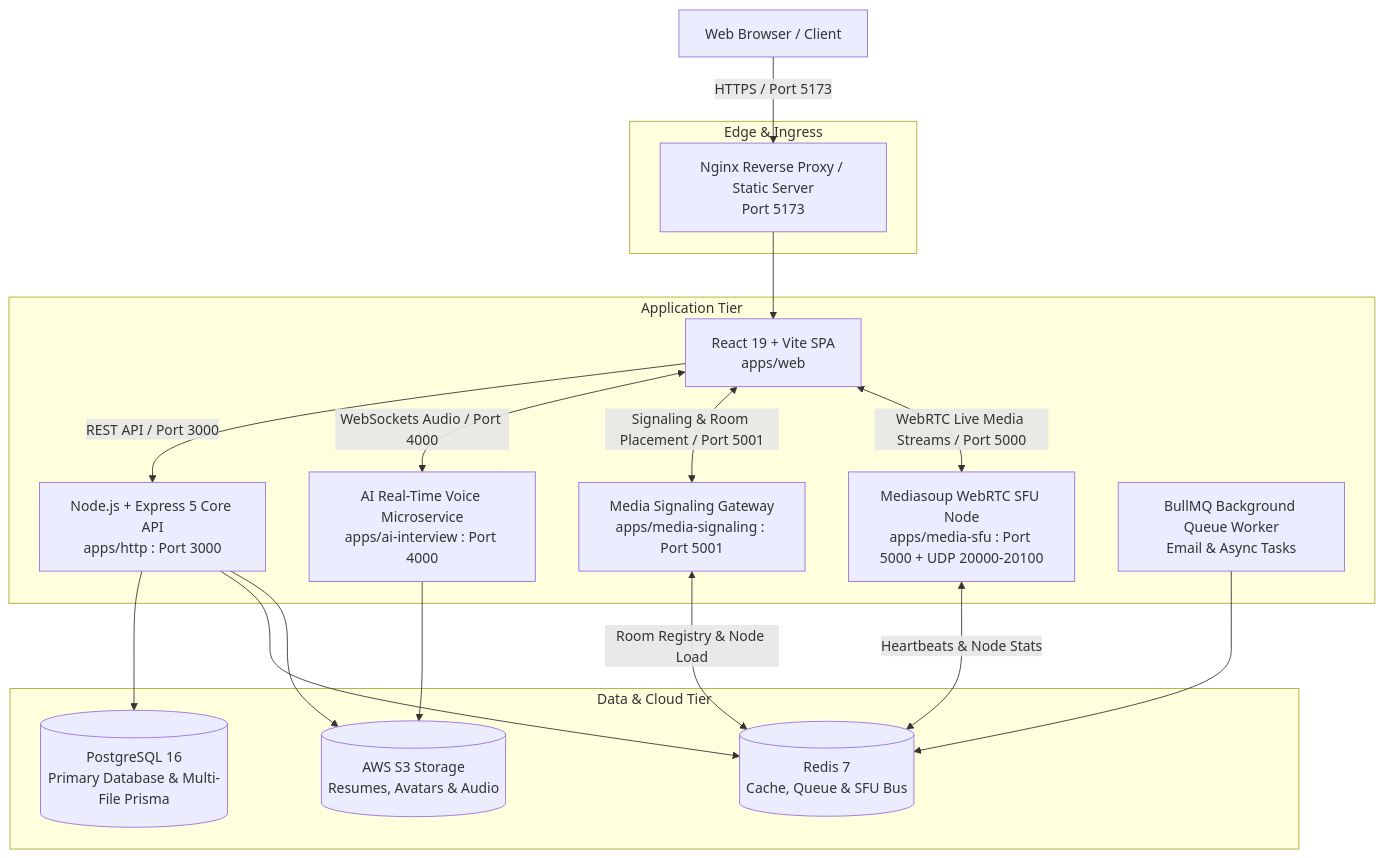
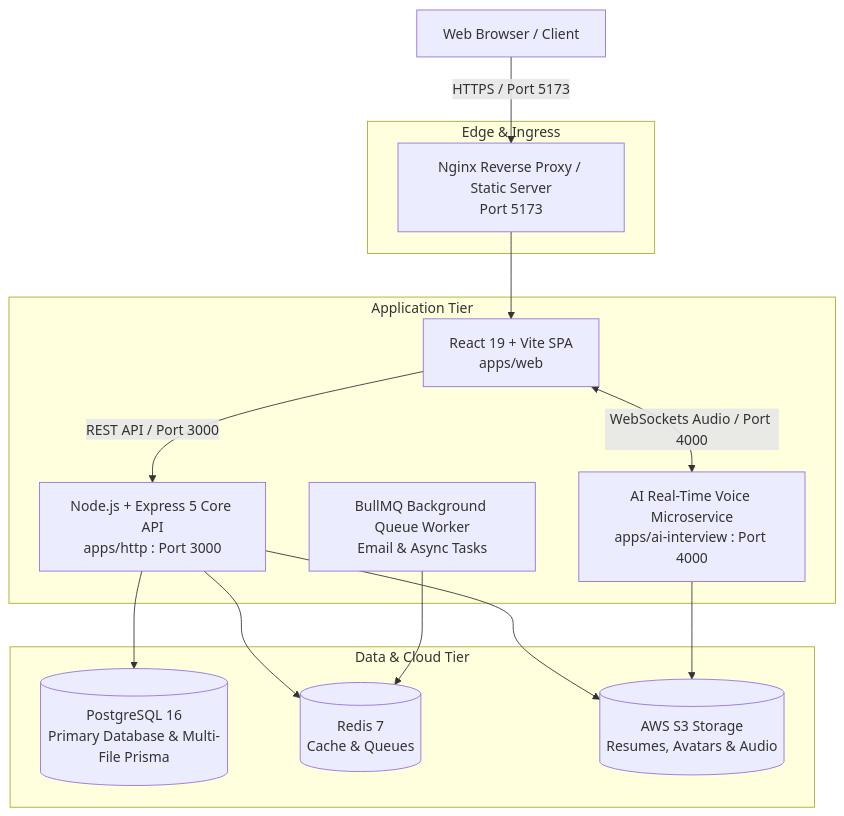
Before and after one commit to athulraj2027/coursity-modular-monolith: the diagram in README.md, drawn with Mermaid. The commit also changed other lines of this file and 9 other files, not shown here.

````diff
--- a/README.md
+++ b/README.md
@@ -11,37 +11,31 @@
 ```mermaid
 graph TD
     Client[Web Browser / Client]
 
     subgraph Edge & Ingress
         Nginx[Nginx Reverse Proxy / Static Server\nPort 5173]
     end
 
     subgraph Application Tier
         Frontend[React 19 + Vite SPA\napps/web]
         Backend[Node.js + Express 5 Core API\napps/http : Port 3000]
         AIInterview[AI Real-Time Voice Microservice\napps/ai-interview : Port 4000]
-        MediaSignaling[Media Signaling Gateway\napps/media-signaling : Port 5001]
-        MediaSFU[Mediasoup WebRTC SFU Node\napps/media-sfu : Port 5000 + UDP 20000-20100]
         Worker[BullMQ Background Queue Worker\nEmail & Async Tasks]
     end
 
     subgraph Data & Cloud Tier
         Postgres[(PostgreSQL 16\nPrimary Database & Multi-File Prisma)]
-        Redis[(Redis 7\nCache, Queue & SFU Bus)]
+        Redis[(Redis 7\nCache & Queues)]
         S3[(AWS S3 Storage\nResumes, Avatars & Audio)]
     end
 
     Client -->|HTTPS / Port 5173| Nginx
     Nginx --> Frontend
     Frontend -->|REST API / Port 3000| Backend
     Frontend <-->|WebSockets Audio / Port 4000| AIInterview
-    Frontend <-->|Signaling & Room Placement / Port 5001| MediaSignaling
-    Frontend <-->|WebRTC Live Media Streams / Port 5000| MediaSFU
-    MediaSignaling <-->|Room Registry & Node Load| Redis
-    MediaSFU <-->|Heartbeats & Node Stats| Redis
     Backend --> Postgres
     Backend --> Redis
     Backend --> S3
     AIInterview --> S3
     Worker --> Redis
 ```
````
